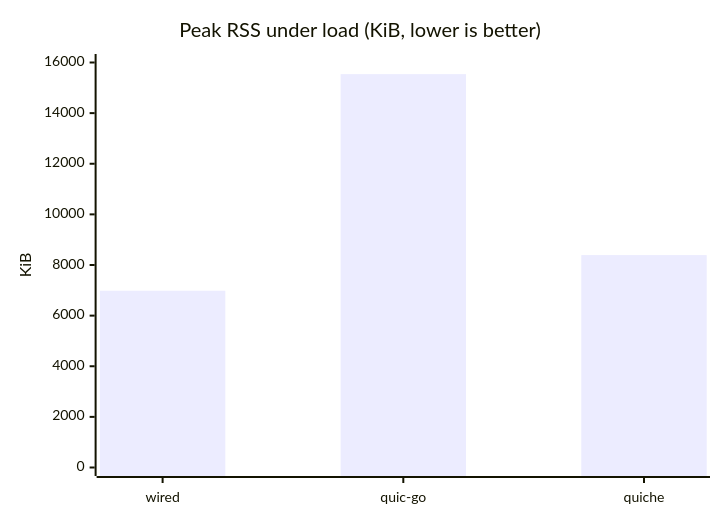
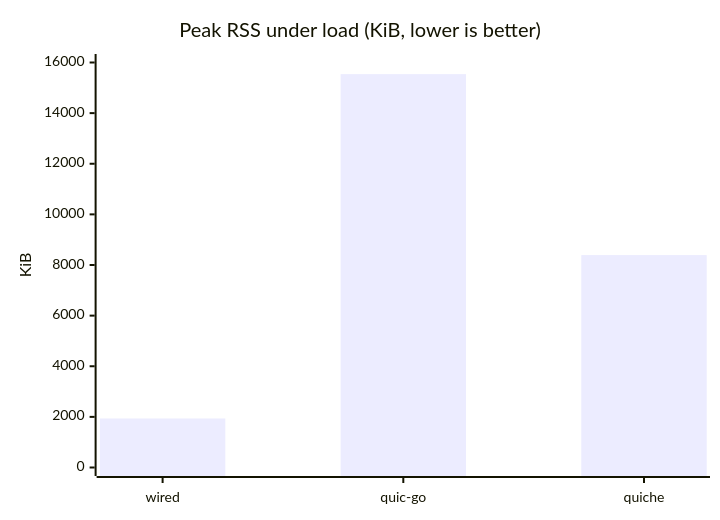
One commit to Hakkadaikon/wired changed the fifth of 6 diagrams in docs/performance/comparison.md. Above: the diagram before and after it, drawn with Mermaid. The commit also changed other lines of this file and 2 other files, not shown here.

Commit message:
docs: refresh memory figures and memory-safety notes after #174-#186
Re-measured the loopback lane on 2026-11-02: at efd61452e wired idles at
516 KiB and peaks at 1,936 KiB (falls back to ~1,414 KiB after load),
where 426127f measured the same day still gives the published
500 / 6,984 KiB, so the comparison columns stay like-for-like. CPU per
request is unchanged within noise.

The README no longer says the CI sanitizer misses use-after-return (#184
fixed that), and names the defenses #183/#185/#186 added: lifetimebound
views, the view-check, and generation-checked WebTransport references.

````diff
--- a/docs/performance/comparison.md
+++ b/docs/performance/comparison.md
@@ -399,7 +401,7 @@
 ```mermaid
 xychart-beta
     title "Peak RSS under load (KiB, lower is better)"
     x-axis ["wired", "quic-go", "quiche"]
     y-axis "KiB" 0 --> 16000
-    bar [6984, 15540, 8392]
+    bar [1936, 15540, 8392]
 ```
````
